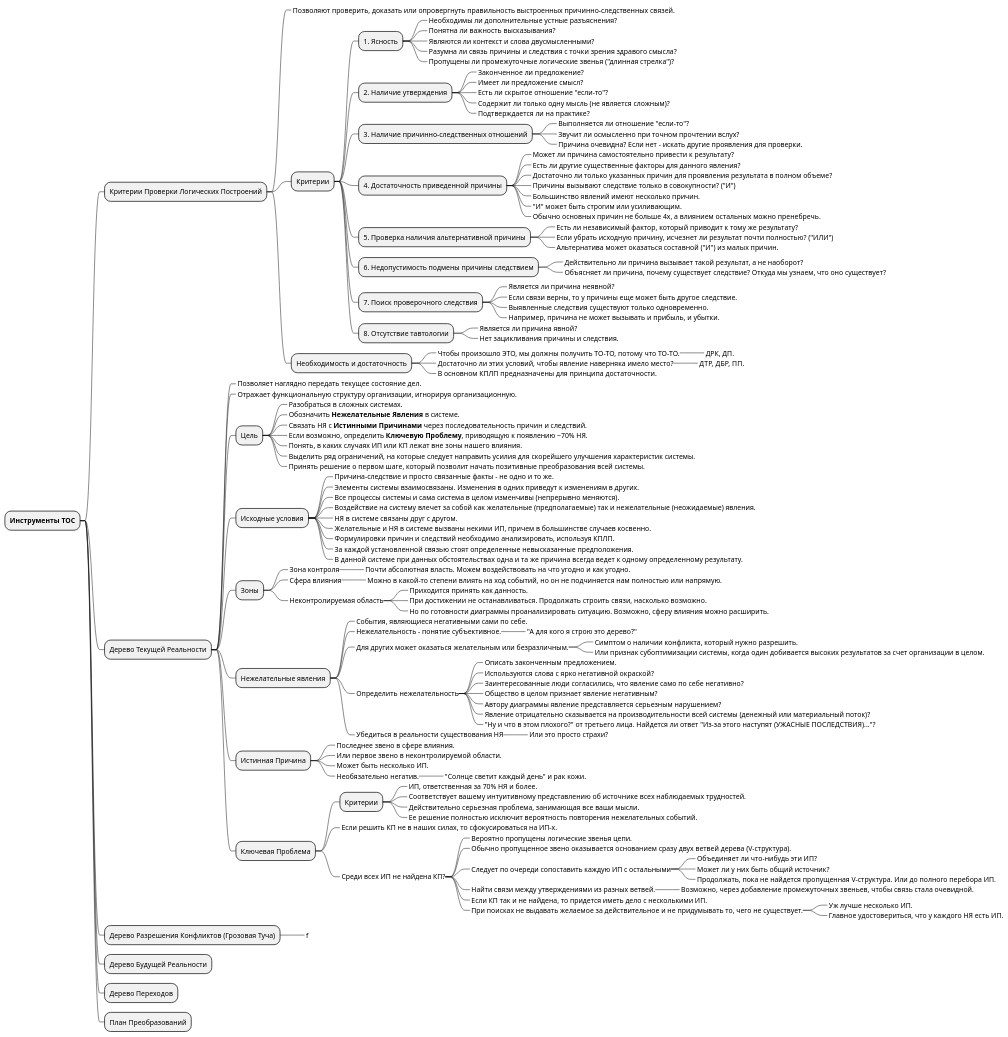
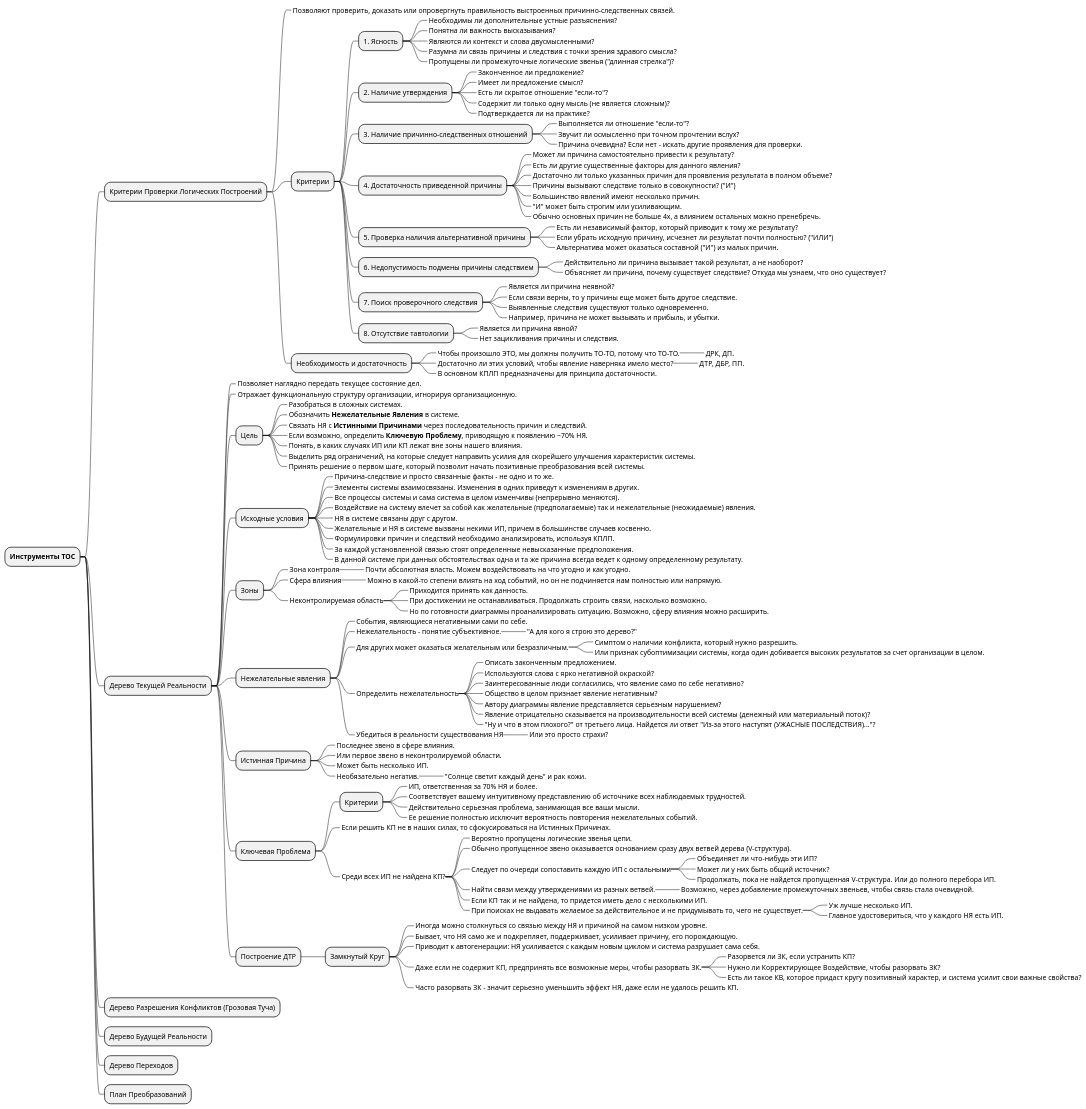
The diagram in synopsis.puml (msmolyakov/dettmer-goldratts-theory-of-constraints-synopsis), drawn with PlantUML before and after one commit. The commit also changed 1 other file, not shown here.

```diff
--- a/synopsis.puml
+++ b/synopsis.puml
@@ -1,152 +1,173 @@
 @startmindmap
 
 * <b>Инструменты ТОС</b>
 ++ Критерии Проверки Логических Построений
 +++_ Позволяют проверить, доказать или опровергнуть правильность выстроенных причинно-следственных связей.
 
 +++ Критерии
 
 ++++ 1. Ясность
 +++++_ Необходимы ли дополнительные устные разъяснения?
 +++++_ Понятна ли важность высказывания?
 +++++_ Являются ли контекст и слова двусмысленными?
 +++++_ Разумна ли связь причины и следствия с точки зрения здравого смысла?
 +++++_ Пропущены ли промежуточные логические звенья ("длинная стрелка")?
 
 ++++ 2. Наличие утверждения
 +++++_ Законченное ли предложение?
 +++++_ Имеет ли предложение смысл?
 +++++_ Есть ли скрытое отношение "если-то"?
 +++++_ Содержит ли только одну мысль (не является сложным)?
 +++++_ Подтверждается ли на практике?
 
 ++++ 3. Наличие причинно-следственных отношений
 +++++_ Выполняется ли отношение "если-то"?
 +++++_ Звучит ли осмысленно при точном прочтении вслух?
 +++++_ Причина очевидна? Если нет - искать другие проявления для проверки.
 
 ++++ 4. Достаточность приведенной причины
 +++++_ Может ли причина самостоятельно привести к результату?
 +++++_ Есть ли другие существенные факторы для данного явления?
 +++++_ Достаточно ли только указанных причин для проявления результата в полном объеме?
 +++++_ Причины вызывают следствие только в совокупности? ("И")
 +++++_ Большинство явлений имеют несколько причин.
 +++++_ "И" может быть строгим или усиливающим.
 +++++_ Обычно основных причин не больше 4х, а влиянием остальных можно пренебречь.
 
 ++++ 5. Проверка наличия альтернативной причины
 +++++_ Есть ли независимый фактор, который приводит к тому же результату?
 +++++_ Если убрать исходную причину, исчезнет ли результат почти полностью? ("ИЛИ")
 +++++_ Альтернатива может оказаться составной ("И") из малых причин.
 
 ++++ 6. Недопустимость подмены причины следствием
 +++++_ Действительно ли причина вызывает такой результат, а не наоборот?
 +++++_ Объясняет ли причина, почему существует следствие? Откуда мы узнаем, что оно существует?
 
 ++++ 7. Поиск проверочного следствия
 +++++_ Является ли причина неявной?
 +++++_ Если связи верны, то у причины еще может быть другое следствие.
 +++++_ Выявленные следствия существуют только одновременно.
 +++++_ Например, причина не может вызывать и прибыль, и убытки.
 
 ++++ 8. Отсутствие тавтологии
 +++++_ Является ли причина явной?
 +++++_ Нет зацикливания причины и следствия.
 
 
 +++ Необходимость и достаточность
 ++++_ Чтобы произошло ЭТО, мы должны получить ТО-ТО, потому что ТО-ТО.
 +++++_ ДРК, ДП.
 ++++_ Достаточно ли этих условий, чтобы явление наверняка имело место?
 +++++_ ДТР, ДБР, ПП.
 ++++_ В основном КПЛП предназначены для принципа достаточности.
+
 
 
 ++ Дерево Текущей Реальности
 +++_ Позволяет наглядно передать текущее состояние дел.
 +++_ Отражает функциональную структуру организации, игнорируя организационную.
 
 +++ Цель
 ++++_ Разобраться в сложных системах.
 ++++_ Обозначить <b>Нежелательные Явления</b> в системе.
 ++++_ Связать НЯ с <b>Истинными Причинами</b> через последовательность причин и следствий.
 ++++_ Если возможно, определить <b>Ключевую Проблему</b>, приводящую к появлению ~70% НЯ.
 ++++_ Понять, в каких случаях ИП или КП лежат вне зоны нашего влияния.
 ++++_ Выделить ряд ограничений, на которые следует направить усилия для скорейшего улучшения характеристик системы.
 ++++_ Принять решение о первом шаге, который позволит начать позитивные преобразования всей системы.
 
 +++ Исходные условия
 ++++_ Причина-следствие и просто связанные факты - не одно и то же.
 ++++_ Элементы системы взаимосвязаны. Изменения в одних приведут к изменениям в других.
 ++++_ Все процессы системы и сама система в целом изменчивы (непрерывно меняются).
 ++++_ Воздействие на систему влечет за собой как желательные (предполагаемые) так и нежелательные (неожидаемые) явления.
 ++++_ НЯ в системе связаны друг с другом.
 ++++_ Желательные и НЯ в системе вызваны некими ИП, причем в большинстве случаев косвенно.
 ++++_ Формулировки причин и следствий необходимо анализировать, используя КПЛП.
 ++++_ За каждой установленной связью стоят определенные невысказанные предположения.
 ++++_ В данной системе при данных обстоятельствах одна и та же причина всегда ведет к одному определенному результату.
 
 +++ Зоны
 ++++_ Зона контроля
 +++++_ Почти абсолютная власть. Можем воздействовать на что угодно и как угодно.
 ++++_ Сфера влияния
 +++++_ Можно в какой-то степени влиять на ход событий, но он не подчиняется нам полностью или напрямую.
 ++++_ Неконтролируемая область
 +++++_ Приходится принять как данность.
 +++++_ При достижении не останавливаться. Продолжать строить связи, насколько возможно.
 +++++_ Но по готовности диаграммы проанализировать ситуацию. Возможно, сферу влияния можно расширить.
 
 +++ Нежелательные явления
 ++++_ События, являющиеся негативными сами по себе.
 ++++_ Нежелательность - понятие субъективное.
 +++++_ "А для кого я строю это дерево?"
 ++++_ Для других может оказаться желательным или безразличным.
 +++++_ Симптом о наличии конфликта, который нужно разрешить.
 +++++_ Или признак субоптимизации системы, когда один добивается высоких результатов за счет организации в целом.
 ++++_ Определить нежелательность
 +++++_ Описать законченным предложением.
 +++++_ Используются слова с ярко негативной окраской?
 +++++_ Заинтересованные люди согласились, что явление само по себе негативно?
 +++++_ Общество в целом признает явление негативным?
 +++++_ Автору диаграммы явление представляется серьезным нарушением?
 +++++_ Явление отрицательно сказывается на производительности всей системы (денежный или материальный поток)?
 +++++_ "Ну и что в этом плохого?" от третьего лица. Найдется ли ответ "Из-за этого наступят (УЖАСНЫЕ ПОСЛЕДСТВИЯ)..."?
 ++++_ Убедиться в реальности существования НЯ
 +++++_ Или это просто страхи?
 
 +++ Истинная Причина
 ++++_ Последнее звено в сфере влияния.
 ++++_ Или первое звено в неконтролируемой области.
 ++++_ Может быть несколько ИП.
 ++++_ Необязательно негатив.
 +++++_ "Солнце светит каждый день" и рак кожи.
 
 +++ Ключевая Проблема
 ++++ Критерии
 +++++_ ИП, ответственная за 70% НЯ и более.
 +++++_ Соответствует вашему интуитивному представлению об источнике всех наблюдаемых трудностей.
 +++++_ Действительно серьезная проблема, занимающая все ваши мысли.
 +++++_ Ее решение полностью исключит вероятность повторения нежелательных событий.
-++++_ Если решить КП не в наших силах, то сфокусироваться на ИП-х.
+++++_ Если решить КП не в наших силах, то сфокусироваться на Истинных Причинах.
 ++++_ Среди всех ИП не найдена КП?
 +++++_ Вероятно пропущены логические звенья цепи.
 +++++_ Обычно пропущенное звено оказывается основанием сразу двух ветвей дерева (V-структура).
 +++++_ Следует по очереди сопоставить каждую ИП с остальными
 ++++++_ Объединяет ли что-нибудь эти ИП?
 ++++++_ Может ли у них быть общий источник?
 ++++++_ Продолжать, пока не найдется пропущенная V-структура. Или до полного перебора ИП.
 +++++_ Найти связи между утверждениями из разных ветвей.
 ++++++_ Возможно, через добавление промежуточных звеньев, чтобы связь стала очевидной.
 +++++_ Если КП так и не найдена, то придется иметь дело с несколькими ИП.
 +++++_ При поисках не выдавать желаемое за действительное и не придумывать то, чего не существует.
 ++++++_ Уж лучше несколько ИП.
 ++++++_ Главное удостовериться, что у каждого НЯ есть ИП.
 
++++ Построение ДТР
+++++ Замкнутый Круг
++++++_ Иногда можно столкнуться со связью между НЯ и причиной на самом низком уровне.
++++++_ Бывает, что НЯ само же и подкрепляет, поддерживает, усиливает причину, его порождающую.
++++++_ Приводит к автогенерации: НЯ усиливается с каждым новым циклом и система разрушает сама себя.
++++++_ Даже если не содержит КП, предпринять все возможные меры, чтобы разорвать ЗК.
+++++++_ Разорвется ли ЗК, если устранить КП?
+++++++_ Нужно ли Корректирующее Воздействие, чтобы разорвать ЗК?
+++++++_ Есть ли такое КВ, которое придаст кругу позитивный характер, и система усилит свои важные свойства?
++++++_ Часто разорвать ЗК - значит серьезно уменьшить эффект НЯ, даже если не удалось решить КП.
+
+
+
 ++ Дерево Разрешения Конфликтов (Грозовая Туча)
-+++_ f
+
+
 
 ++ Дерево Будущей Реальности
+
+
+
 ++ Дерево Переходов
+
+
+
 ++ План Преобразований
 
 @endmindmap
```
